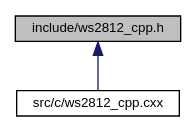
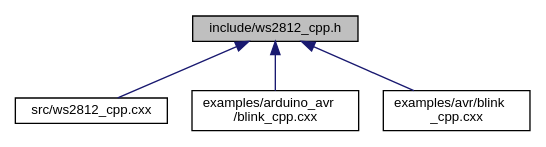
The diagram in docs/ws2812__cpp_8h__dep__incl.dot (CTXz/TinyWS2812), drawn with Graphviz before and after one commit. The commit also changed 99 other files, not shown here.

Commit message:
ws2812_cpp: Added more documentation + Minor fixes

```diff
--- a/docs/ws2812__cpp_8h__dep__incl.dot
+++ b/docs/ws2812__cpp_8h__dep__incl.dot
@@ -1,9 +1,13 @@
 digraph "include/ws2812_cpp.h"
 {
  // LATEX_PDF_SIZE
   edge [fontname="Helvetica",fontsize="10",labelfontname="Helvetica",labelfontsize="10"];
   node [fontname="Helvetica",fontsize="10",shape=record];
   Node1 [label="include/ws2812_cpp.h",height=0.2,width=0.4,color="black", fillcolor="grey75", style="filled", fontcolor="black",tooltip="C++ Wrapper for the Tiny-WS2812 interface."];
   Node1 -> Node2 [dir="back",color="midnightblue",fontsize="10",style="solid",fontname="Helvetica"];
-  Node2 [label="src/c/ws2812_cpp.cxx",height=0.2,width=0.4,color="black", fillcolor="white", style="filled",URL="$ws2812__cpp_8cxx_source.html",tooltip=" "];
+  Node2 [label="src/ws2812_cpp.cxx",height=0.2,width=0.4,color="black", fillcolor="white", style="filled",URL="$ws2812__cpp_8cxx_source.html",tooltip=" "];
+  Node1 -> Node3 [dir="back",color="midnightblue",fontsize="10",style="solid",fontname="Helvetica"];
+  Node3 [label="examples/arduino_avr\l/blink_cpp.cxx",height=0.2,width=0.4,color="black", fillcolor="white", style="filled",URL="$arduino__avr_2blink__cpp_8cxx.html",tooltip="Blinks one or more WS2812 devices using a RGB array."];
+  Node1 -> Node4 [dir="back",color="midnightblue",fontsize="10",style="solid",fontname="Helvetica"];
+  Node4 [label="examples/avr/blink\l_cpp.cxx",height=0.2,width=0.4,color="black", fillcolor="white", style="filled",URL="$avr_2blink__cpp_8cxx_source.html",tooltip=" "];
 }
```
